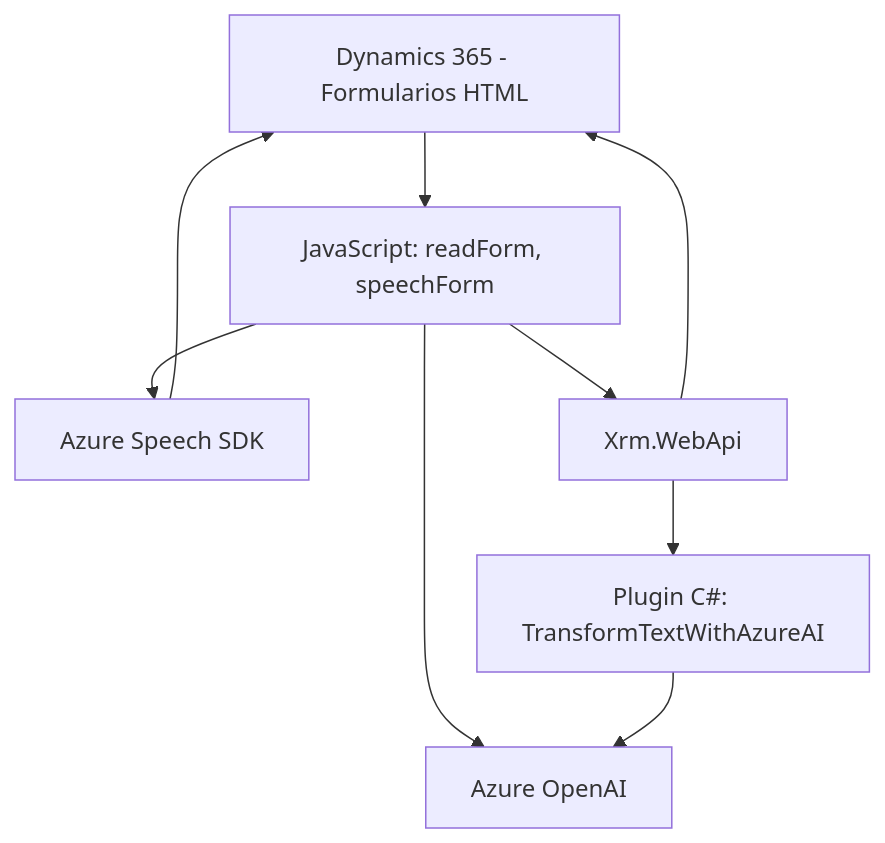
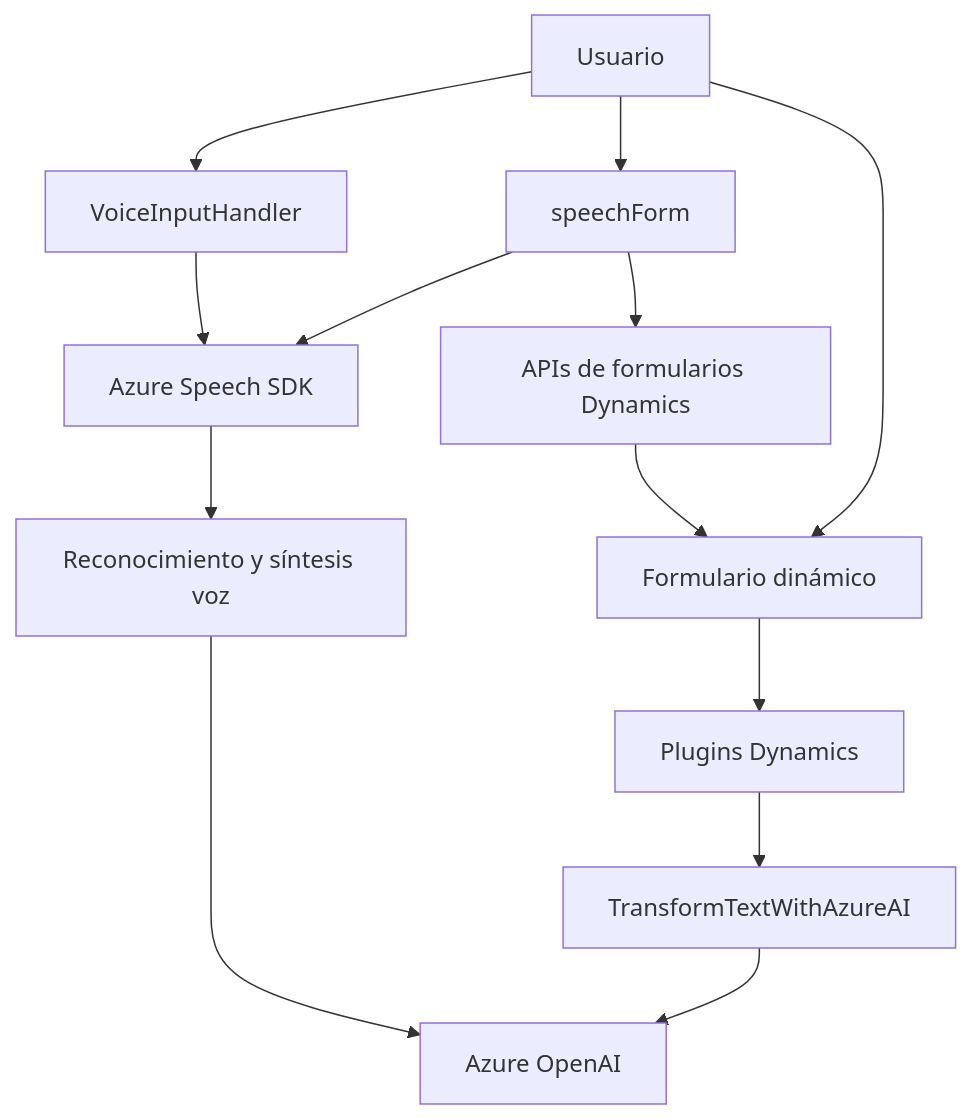
One commit to blopezdm/NETCORE_BILBAO2025 changed the diagram in README.md. Above: the diagram before and after it, drawn with Mermaid. The commit also changed other lines of this file, not shown here.

````diff
--- a/README.md
+++ b/README.md
@@ -33,18 +24,15 @@
 ```mermaid
 graph TD
-    A["Dynamics 365 - Formularios HTML"]
-    B["JavaScript: readForm, speechForm"]
-    C["Azure Speech SDK"]
-    D["Azure OpenAI"]
-    E["Plugin C#: TransformTextWithAzureAI"]
-    F["Xrm.WebApi"]
-
-    A-->B
-    B-->C
-    B-->F
-    B-->D
-    F-->E
-    E-->D
-    C-->A
-    F-->A
+A["Usuario"] --> B["VoiceInputHandler"]
+A --> C["speechForm"]
+C --> D["Azure Speech SDK"]
+B --> D
+D --> E["Reconocimiento y síntesis voz"]
+C --> F["APIs de formularios Dynamics"]
+F --> G["Formulario dinámico"]
+A --> G
+G --> H["Plugins Dynamics"]
+H --> I["TransformTextWithAzureAI"]
+I --> J["Azure OpenAI"]
+E --> J
 ```
````
